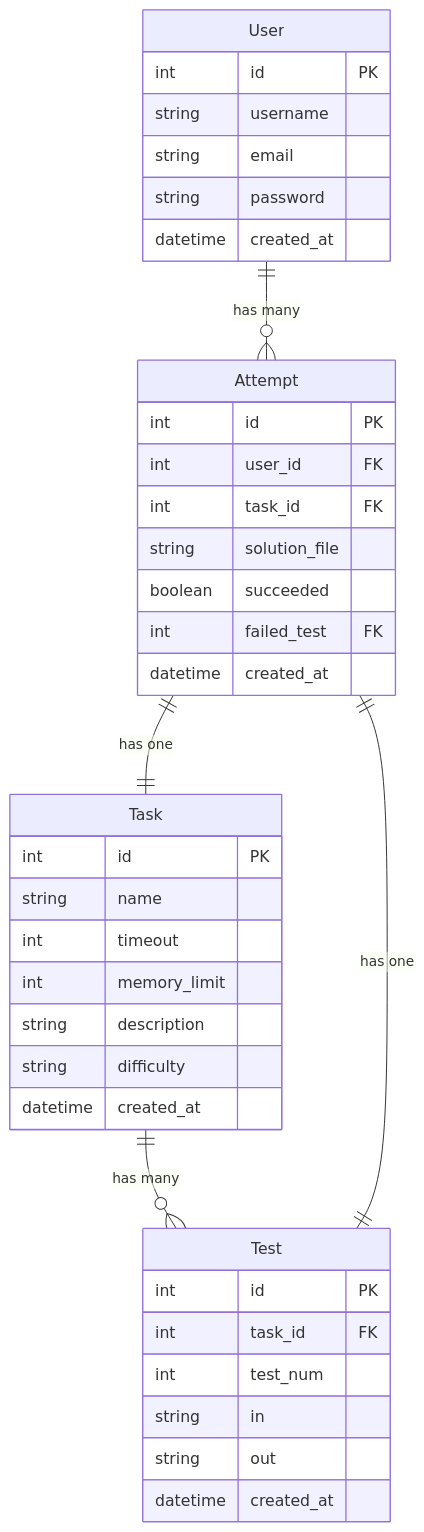
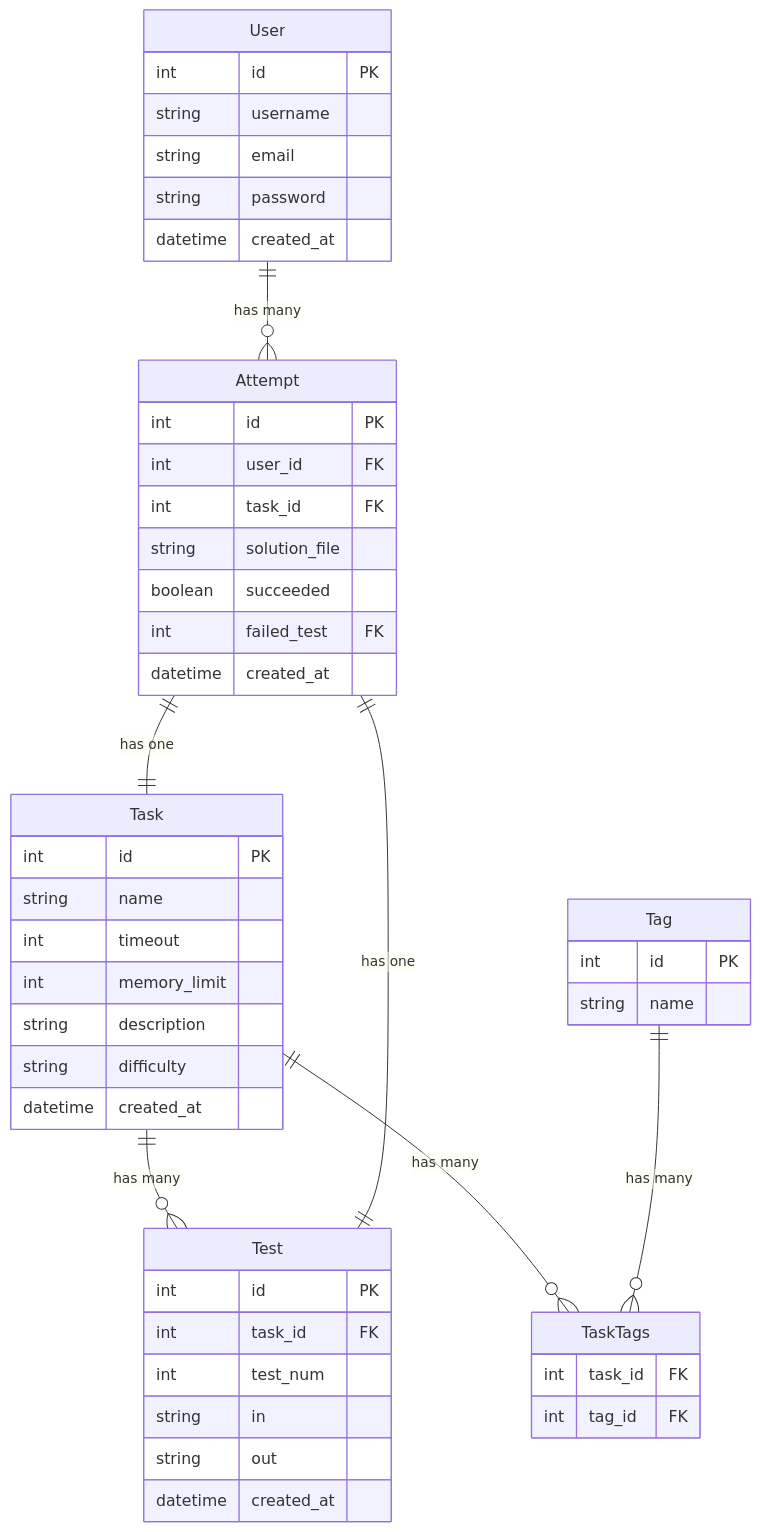
One commit to ZarinaMax/LeetLearning changed the diagram in ll-server/specification/db_model/diagram.mmd. Above: the diagram before and after it, drawn with Mermaid. The commit also changed 27 other files, not shown here.

```diff
--- a/ll-server/specification/db_model/diagram.mmd
+++ b/ll-server/specification/db_model/diagram.mmd
@@ -1,43 +1,55 @@
 erDiagram
     User {
         int id PK
         string username
         string email
         string password
         datetime created_at
     }
 
     Task {
         int id PK
         string name
         int timeout
         int memory_limit
         string description
         string difficulty
         datetime created_at
     }
 
     Test {
         int id PK
         int task_id FK
         int test_num
         string in
         string out
         datetime created_at
     }
 
     Attempt {
         int id PK
         int user_id FK
         int task_id FK
         string solution_file
         boolean succeeded
         int failed_test FK
         datetime created_at
     }
 
+    Tag {
+        int id PK
+        string name
+    }
+
+    TaskTags {
+        int task_id FK
+        int tag_id FK
+    }
+
     %% Relationships
     User ||--o{ Attempt: "has many"
     Task ||--o{ Test : "has many"
     Attempt ||--|| Task : "has one"
     Attempt ||--|| Test : "has one"
+    Task ||--o{ TaskTags: "has many"
+    Tag ||--o{ TaskTags: "has many"
```
